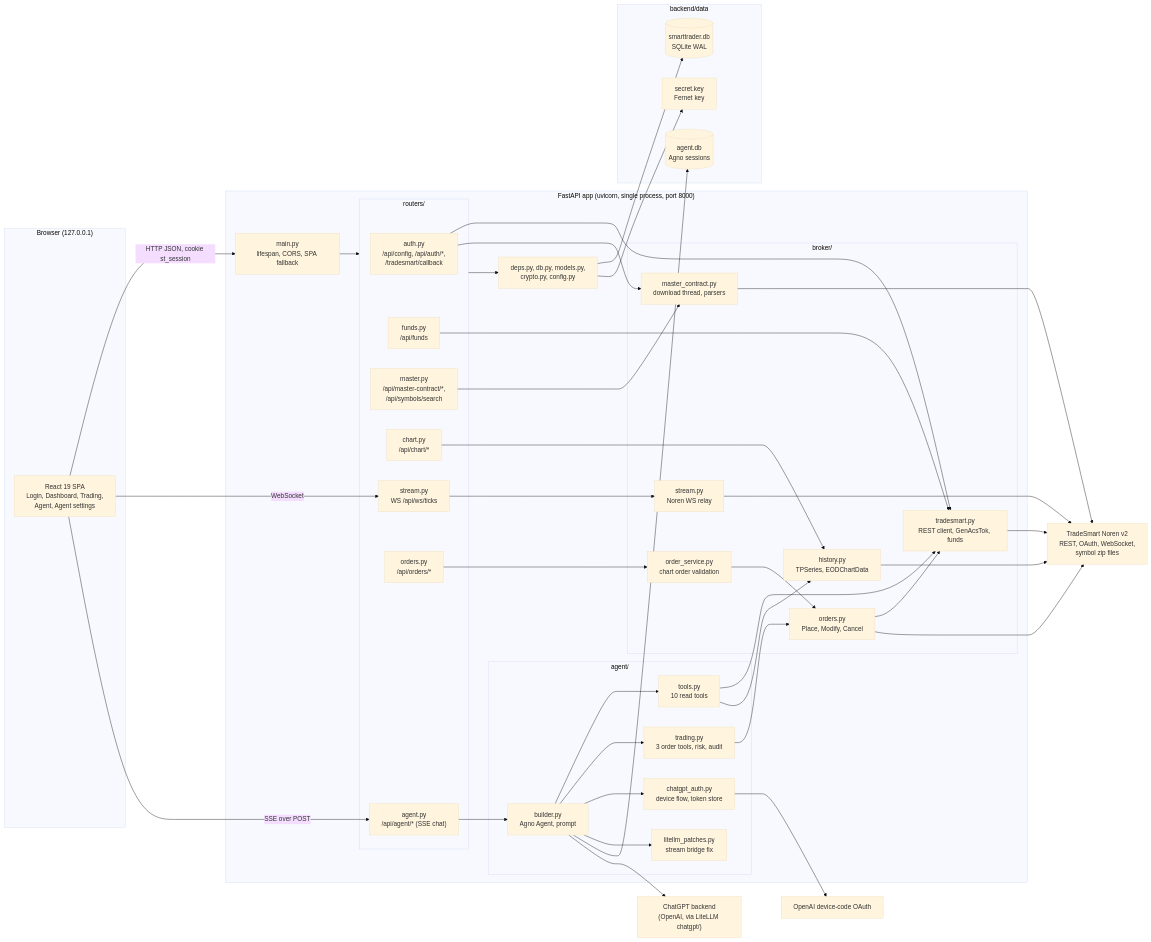
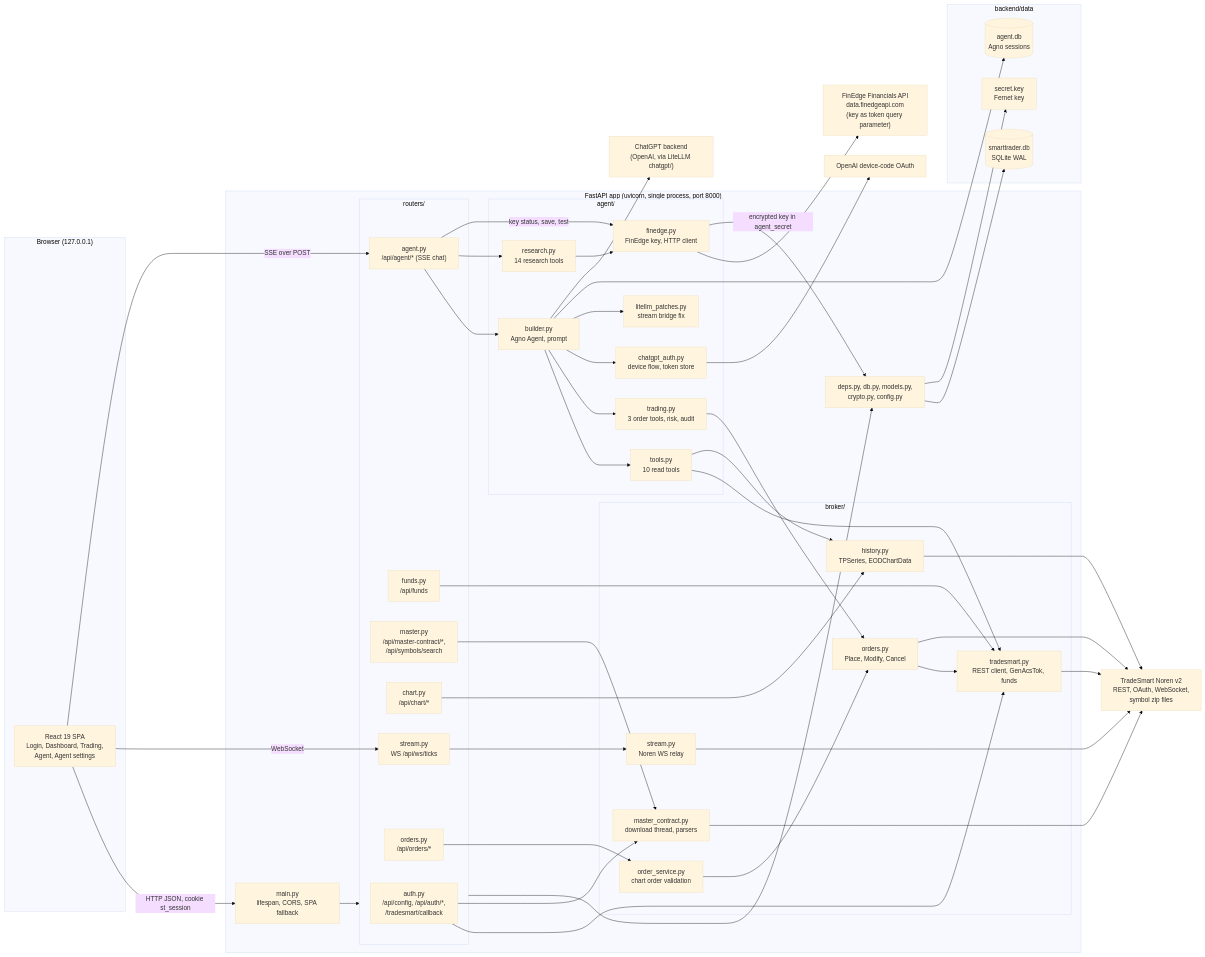
Before and after one commit to marketcalls/smarttrader: the first of 3 diagrams in docs/design/README.md, drawn with Mermaid (base theme). The commit also changed other lines of this file and 26 other files, not shown here.

First line of the commit message:
Add FinEdge fundamental research tools to the agent

````diff
--- a/docs/design/README.md
+++ b/docs/design/README.md
@@ -63,6 +66,8 @@
             BLD["builder.py<br/>Agno Agent, prompt"]
             TOOLS["tools.py<br/>10 read tools"]
             TRD["trading.py<br/>3 order tools, risk, audit"]
+            RES["research.py<br/>14 research tools"]
+            FED["finedge.py<br/>FinEdge key, HTTP client"]
             CGA["chatgpt_auth.py<br/>device flow, token store"]
             LLP["litellm_patches.py<br/>stream bridge fix"]
         end
@@ -78,6 +83,7 @@
     NOREN["TradeSmart Noren v2<br/>REST, OAuth, WebSocket,<br/>symbol zip files"]
     LLM["ChatGPT backend<br/>(OpenAI, via LiteLLM chatgpt/)"]
     OAI["OpenAI device-code OAuth"]
+    FIN["FinEdge Financials API<br/>data.finedgeapi.com<br/>(key as token query parameter)"]
 
     SPA -- "HTTP JSON, cookie st_session" --> MAIN
     SPA -- "WebSocket" --> RSTREAM
@@ -95,6 +101,9 @@
     BLD --> TRD
     BLD --> CGA
     BLD --> LLP
+    RAGENT --> RES
+    RAGENT -- "key status, save, test" --> FED
+    RES --> FED
     TOOLS --> TS
     TOOLS --> HIST
     TRD --> ORD
@@ -109,4 +118,6 @@
     ORD --> NOREN
     BLD --> LLM
     CGA --> OAI
+    FED --> FIN
+    FED -- "encrypted key in agent_secret" --> CORE
 ```
````
